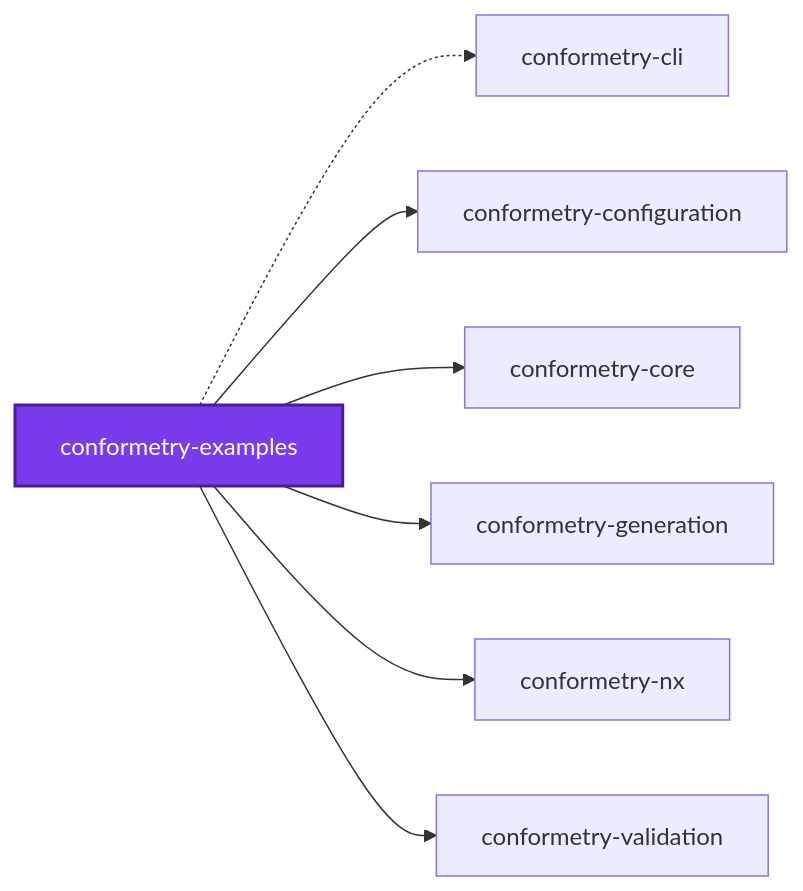
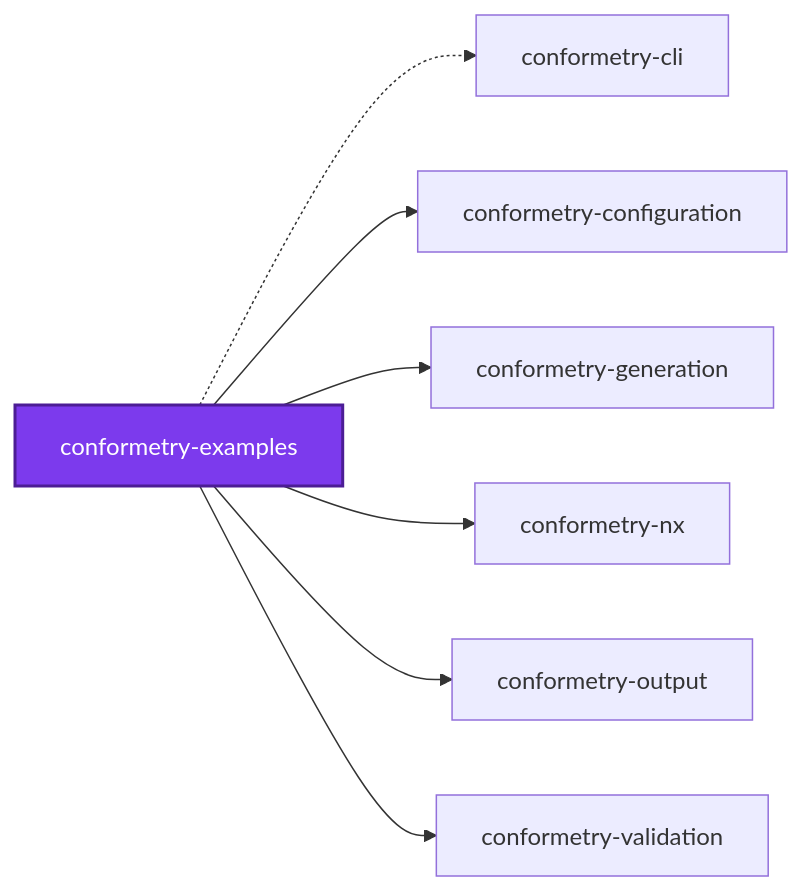
One commit to JimmyPaolini/codebase changed the diagram in packages/ic-suite/conformetry/conformetry-examples/README.md. Above: the diagram before and after it, drawn with Mermaid. The commit also changed 164 other files, not shown here.

````diff
--- a/packages/ic-suite/conformetry/conformetry-examples/README.md
+++ b/packages/ic-suite/conformetry/conformetry-examples/README.md
@@ -276,18 +276,18 @@
 ```mermaid
 graph LR
   conformetry_cli["conformetry-cli"]
   conformetry_configuration["conformetry-configuration"]
-  conformetry_core["conformetry-core"]
   conformetry_examples["conformetry-examples"]
   conformetry_generation["conformetry-generation"]
   conformetry_nx["conformetry-nx"]
+  conformetry_output["conformetry-output"]
   conformetry_validation["conformetry-validation"]
   conformetry_examples -.-> conformetry_cli
   conformetry_examples --> conformetry_configuration
-  conformetry_examples --> conformetry_core
   conformetry_examples --> conformetry_generation
   conformetry_examples --> conformetry_nx
+  conformetry_examples --> conformetry_output
   conformetry_examples --> conformetry_validation
   classDef subject fill:#7c3aed,color:#fff,stroke:#4c1d95,stroke-width:2px
   class conformetry_examples subject
 ```
````
